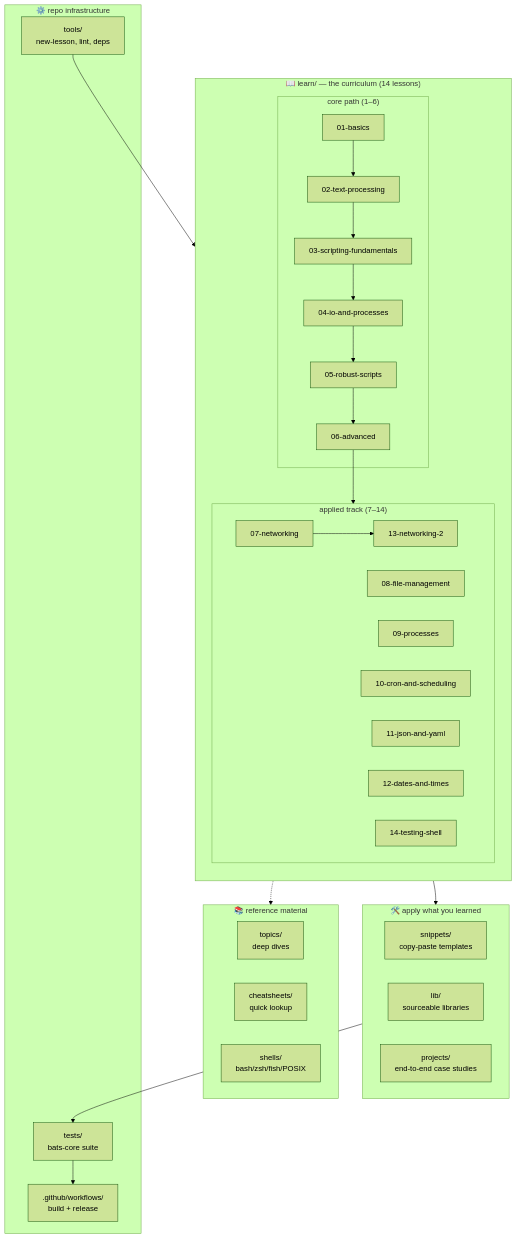
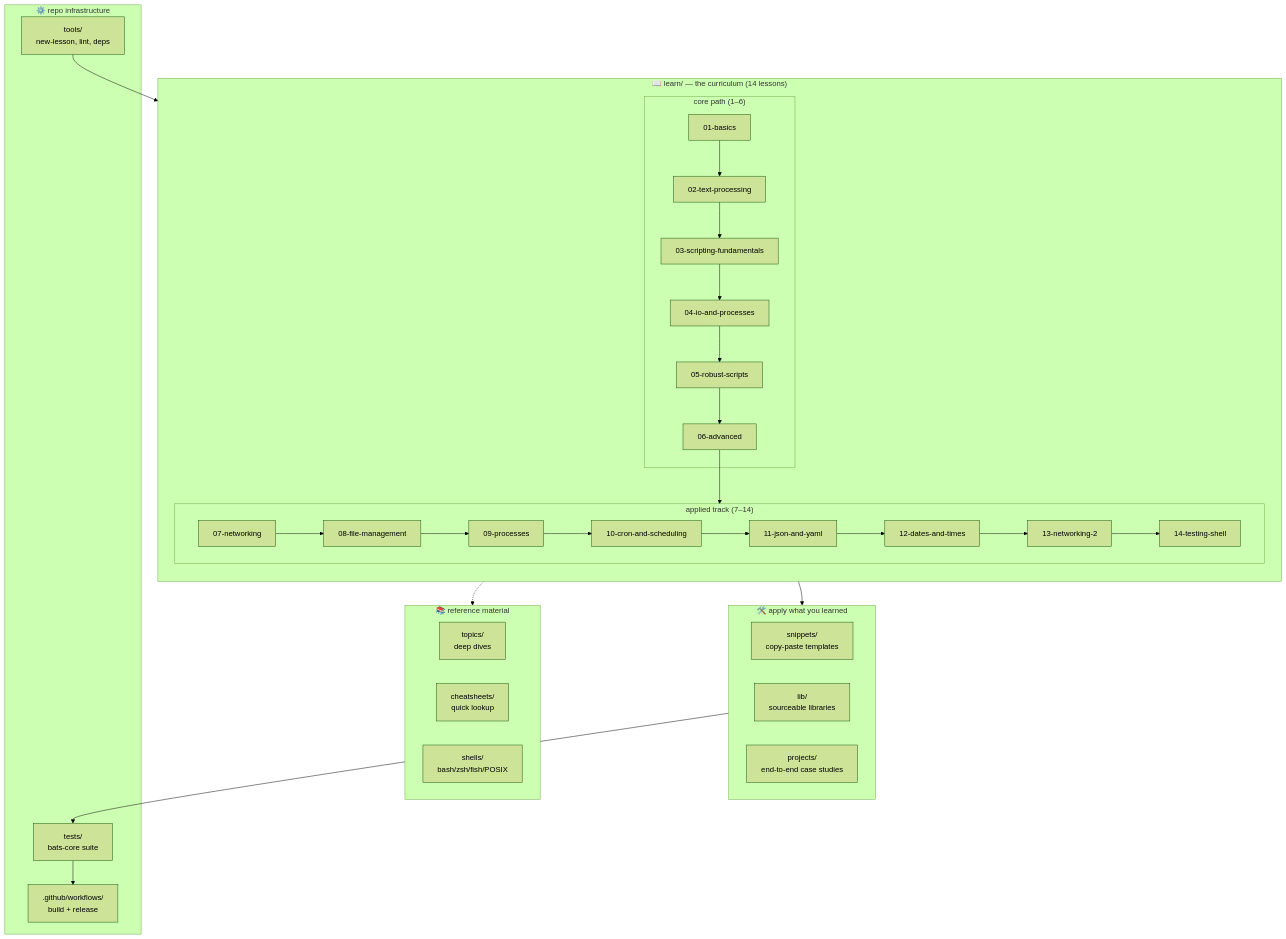
Before and after one commit to PhamThe-KHDL/shell-mastery: the diagram in README.md, drawn with Mermaid (forest theme). The commit also changed other lines of this file and 44 other files, not shown here.

````diff
--- a/README.md
+++ b/README.md
@@ -98,51 +98,51 @@
 ```mermaid
 graph TD
     subgraph learn["📖 learn/ — the curriculum (14 lessons)"]
         direction TB
         subgraph core["core path (1–6)"]
             L1[01-basics]
             L2[02-text-processing]
             L3[03-scripting-fundamentals]
             L4[04-io-and-processes]
             L5[05-robust-scripts]
             L6[06-advanced]
             L1 --> L2 --> L3 --> L4 --> L5 --> L6
         end
         subgraph applied["applied track (7–14)"]
             L7[07-networking]
             L8[08-file-management]
             L9[09-processes]
             L10[10-cron-and-scheduling]
             L11[11-json-and-yaml]
             L12[12-dates-and-times]
             L13[13-networking-2]
             L14[14-testing-shell]
-            L7 --> L13
+            L7 --> L8 --> L9 --> L10 --> L11 --> L12 --> L13 --> L14
         end
         L6 --> applied
     end
 
     subgraph reference["📚 reference material"]
         TOPICS[topics/<br/>deep dives]
         CHEATS[cheatsheets/<br/>quick lookup]
         SHELLS[shells/<br/>bash/zsh/fish/POSIX]
     end
 
     subgraph practice["🛠️ apply what you learned"]
         SNIPPETS[snippets/<br/>copy-paste templates]
         LIB[lib/<br/>sourceable libraries]
         PROJECTS[projects/<br/>end-to-end case studies]
     end
 
     subgraph infra["⚙️ repo infrastructure"]
         TOOLS[tools/<br/>new-lesson, lint, deps]
         TESTS[tests/<br/>bats-core suite]
         CI[.github/workflows/<br/>build + release]
     end
 
     learn -.-> reference
     learn --> practice
     practice --> TESTS
     TOOLS --> learn
     TESTS --> CI
 ```
````
